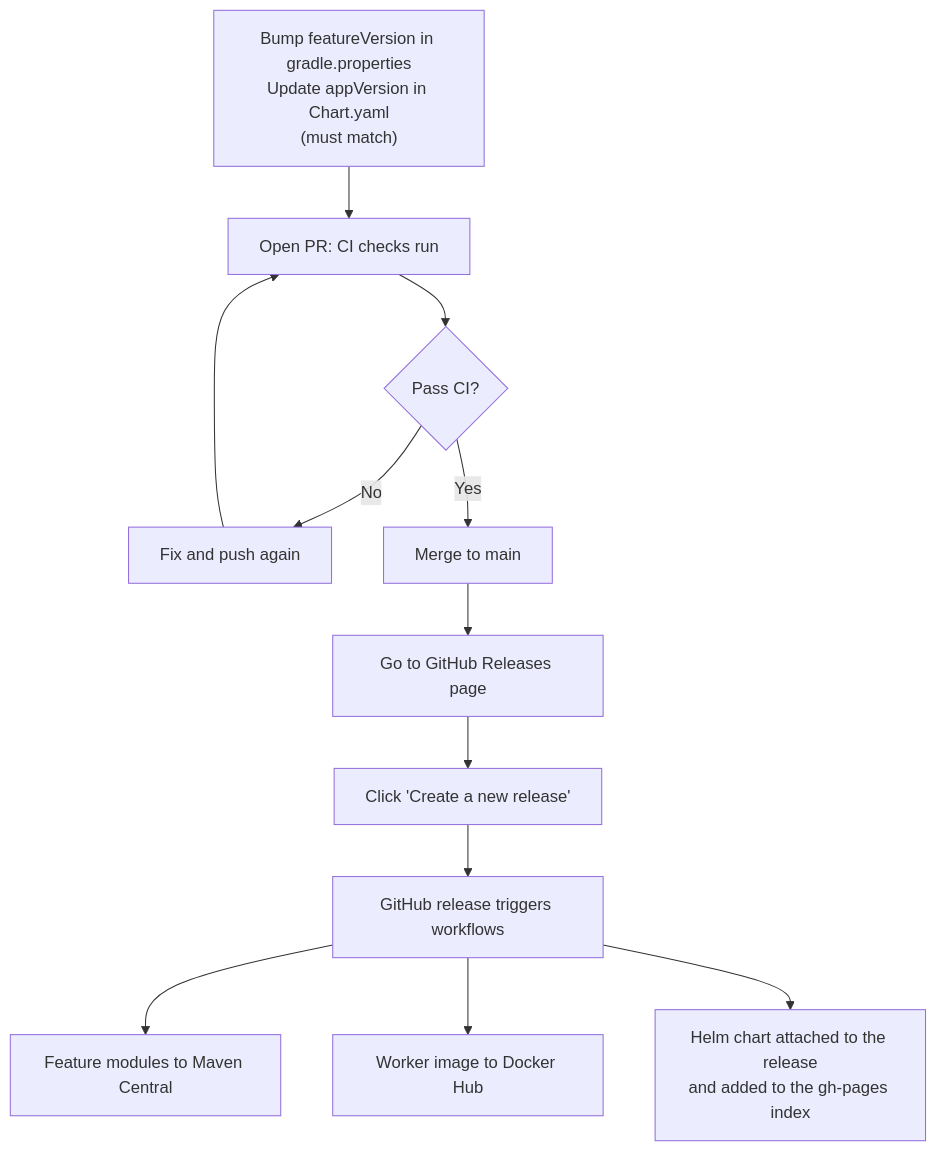
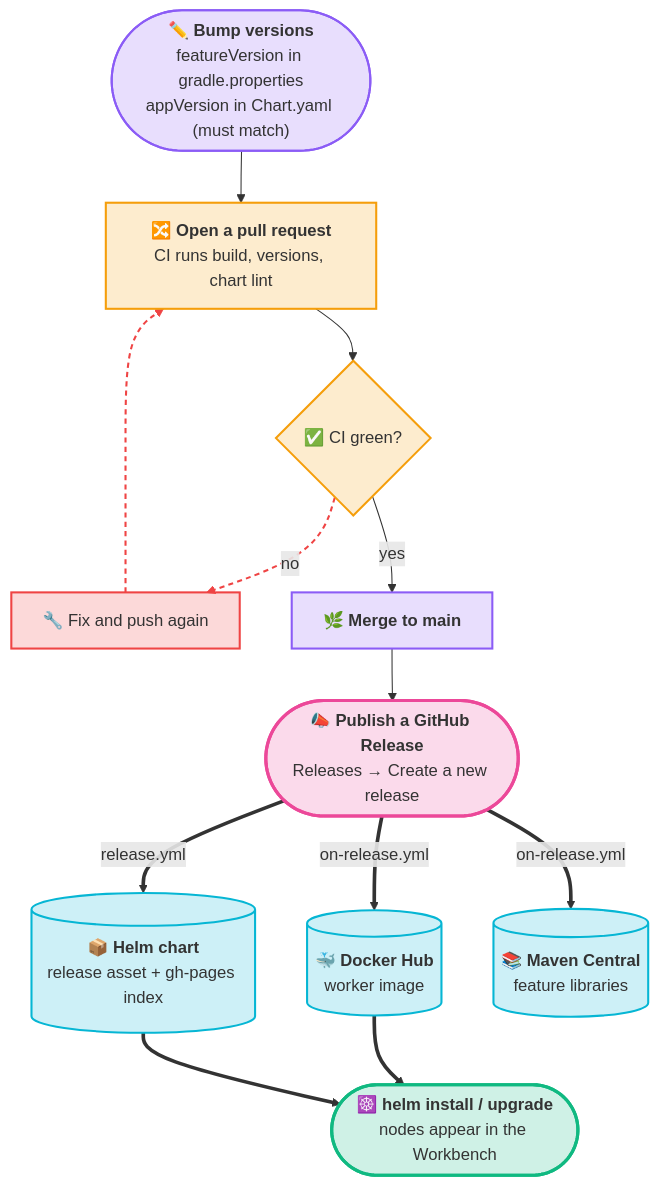
Before and after one commit to projectcontinuum-org/continuum-docs: the diagram in versioned_docs/version-0.0.20/contributing/create-new-nodes/step-6-ship-it.md, drawn with Mermaid. The commit also changed 15 other files, not shown here.

````diff
--- a/versioned_docs/version-0.0.20/contributing/create-new-nodes/step-6-ship-it.md
+++ b/versioned_docs/version-0.0.20/contributing/create-new-nodes/step-6-ship-it.md
@@ -18,14 +18,37 @@
 ```mermaid
 flowchart TB
-    A["Bump featureVersion in gradle.properties<br/>Update appVersion in Chart.yaml<br/>(must match)"] --> B["Open PR: CI checks run"]
-    B --> C{Pass CI?}
-    C -->|No| D["Fix and push again"]
-    D --> B
-    C -->|Yes| E["Merge to main"]
-    E --> F["Go to GitHub Releases page"]
-    F --> G["Click 'Create a new release'"]
-    G --> H["GitHub release triggers workflows"]
-    H --> I["Feature modules to Maven Central"]
-    H --> J["Worker image to Docker Hub"]
-    H --> K["Helm chart attached to the release<br/>and added to the gh-pages index"]
+  A(["✏️ <b>Bump versions</b><br/>featureVersion in gradle.properties<br/>appVersion in Chart.yaml (must match)"])
+  B["🔀 <b>Open a pull request</b><br/>CI runs build, versions, chart lint"]
+  C{"✅ CI green?"}
+  D["🔧 Fix and push again"]
+  E["🌿 <b>Merge to main</b>"]
+  F(["📣 <b>Publish a GitHub Release</b><br/>Releases → Create a new release"])
+  I[("📚 <b>Maven Central</b><br/>feature libraries")]
+  J[("🐳 <b>Docker Hub</b><br/>worker image")]
+  K[("📦 <b>Helm chart</b><br/>release asset + gh-pages index")]
+  L(["☸️ <b>helm install / upgrade</b><br/>nodes appear in the Workbench"])
+
+  A --> B --> C
+  C -->|"no"| D --> B
+  C -->|"yes"| E --> F
+  F ==>|"on-release.yml"| I
+  F ==>|"on-release.yml"| J
+  F ==>|"release.yml"| K
+  I ~~~ L
+  J ==> L
+  K ==> L
+
+  classDef dev fill:#8b5cf633,stroke:#8b5cf6,stroke-width:2px
+  classDef ci fill:#f59e0b33,stroke:#f59e0b,stroke-width:2px
+  classDef fail fill:#ef444433,stroke:#ef4444,stroke-width:2px
+  classDef release fill:#ec489933,stroke:#ec4899,stroke-width:3px
+  classDef out fill:#06b6d433,stroke:#06b6d4,stroke-width:2px
+  classDef done fill:#10b98133,stroke:#10b981,stroke-width:3px
+  class A,E dev
+  class B,C ci
+  class D fail
+  class F release
+  class I,J,K out
+  class L done
+  linkStyle 2,3 stroke:#ef4444,stroke-width:2px,stroke-dasharray:5 4
 ```
````
